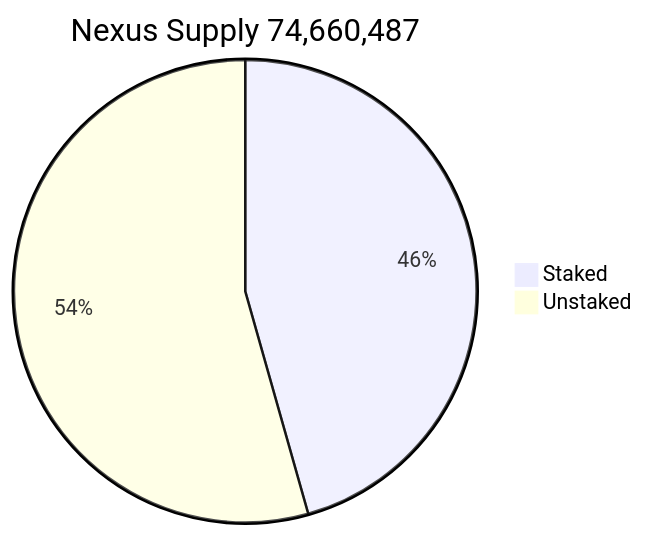
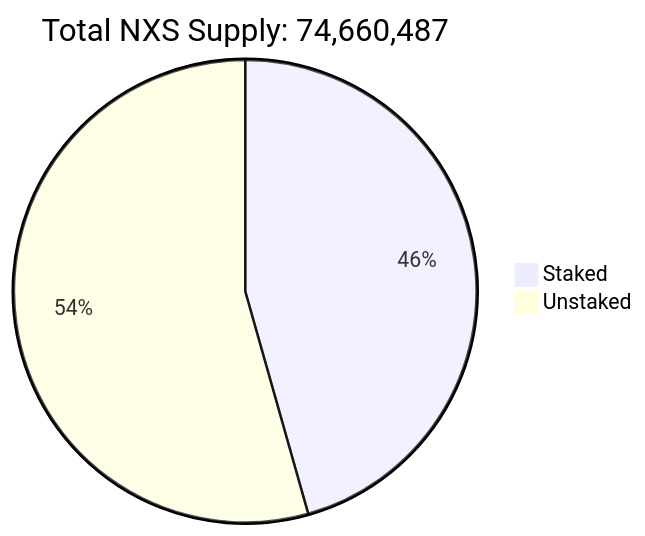
One commit to Interactions-Nexus/Nexus-Wiki changed the diagram in economics.md. Above: the diagram before and after it, drawn with Mermaid. The commit also changed other lines of this file, not shown here.

Commit message:
docs: update economics

````diff
--- a/economics.md
+++ b/economics.md
@@ -17,6 +17,6 @@
 ```mermaid size = 200%
 pie
-    title Nexus Supply 74,660,487
+    title Total NXS Supply: 74,660,487
     "Staked" : 34053424
     "Unstaked" : 40607063
 ```
````
